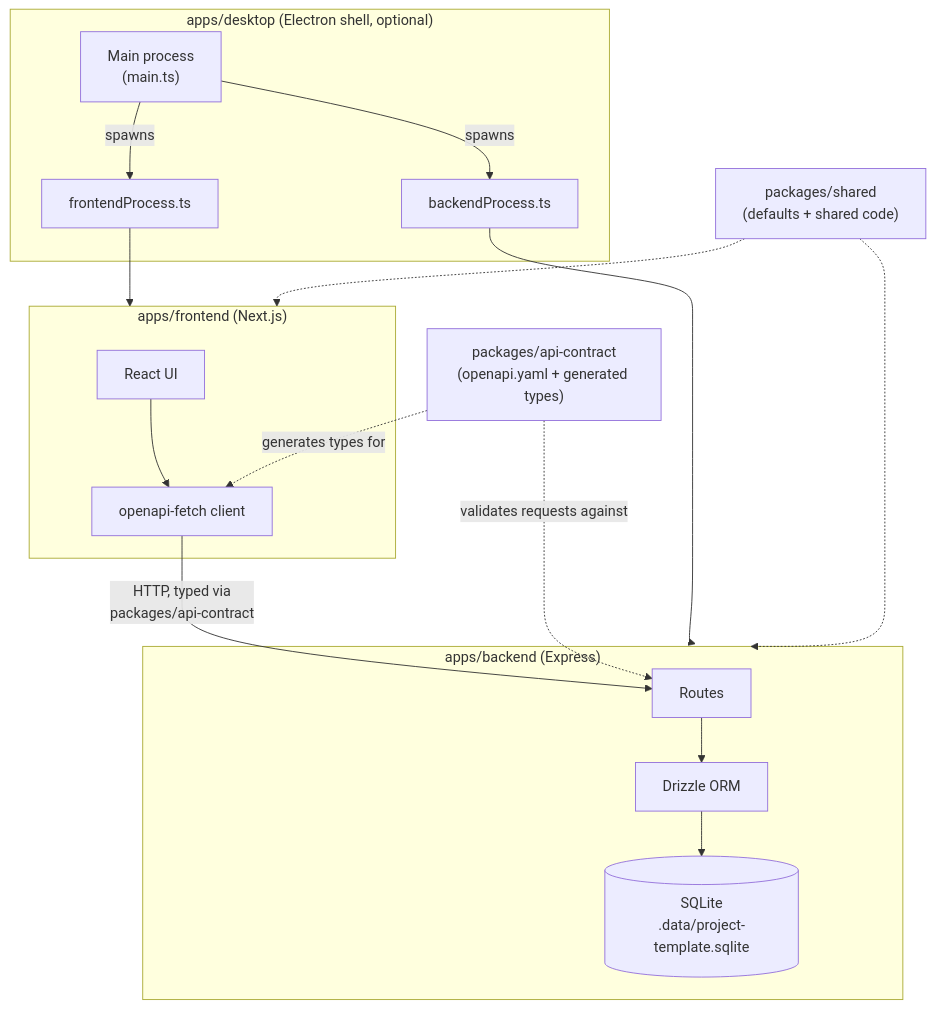
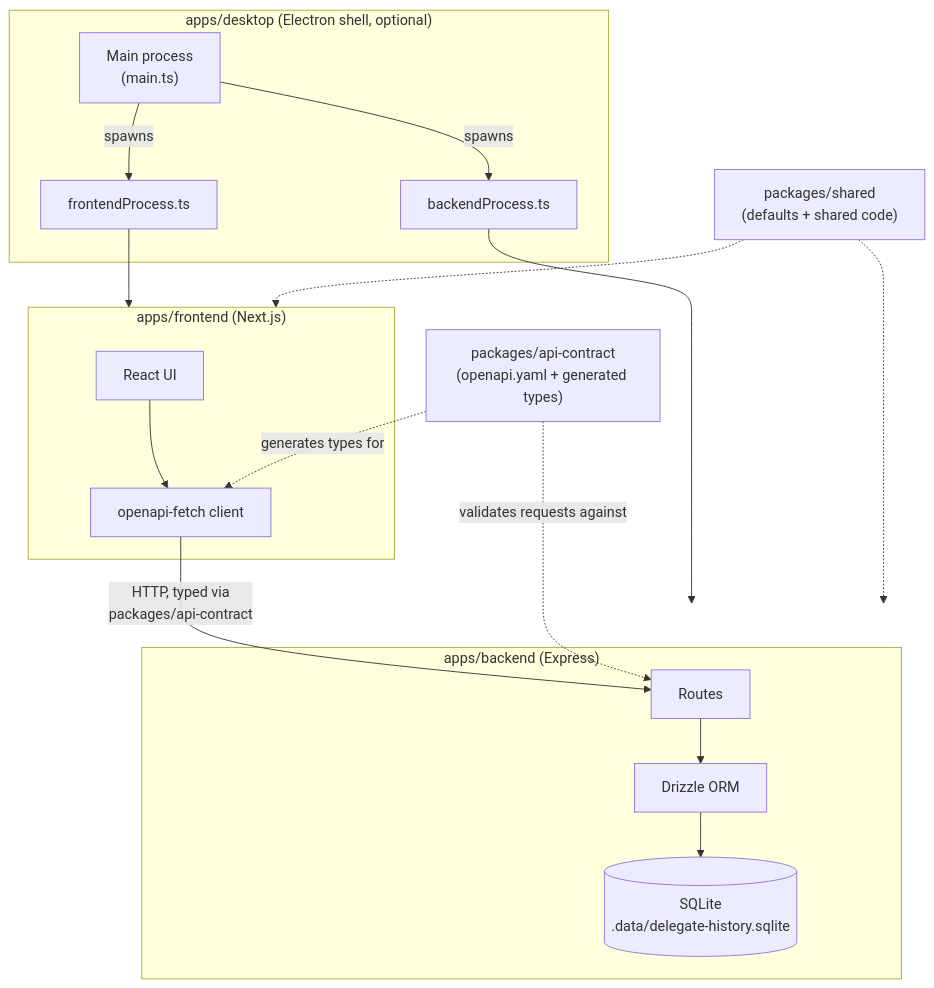
The diagram in README.md (Jambrose777/delegate-history), drawn with Mermaid before and after one commit. The commit also changed other lines of this file and 38 other files, not shown here.

Commit message:
Complete Story 1: rename project to delegate-history

````diff
--- a/README.md
+++ b/README.md
@@ -53,32 +53,32 @@
 ```mermaid
 graph TD
     subgraph Desktop["apps/desktop (Electron shell, optional)"]
         Main["Main process<br/>(main.ts)"]
         Main -->|spawns| FEProc["frontendProcess.ts"]
         Main -->|spawns| BEProc["backendProcess.ts"]
     end
 
     FEProc --> Frontend
     BEProc --> Backend
 
     subgraph Frontend["apps/frontend (Next.js)"]
         UI["React UI"]
         APIClient["openapi-fetch client"]
         UI --> APIClient
     end
 
     subgraph Backend["apps/backend (Express)"]
         Routes["Routes"]
         Drizzle["Drizzle ORM"]
-        DB[("SQLite<br/>.data/project-template.sqlite")]
+        DB[("SQLite<br/>.data/delegate-history.sqlite")]
         Routes --> Drizzle --> DB
     end
 
     APIClient -->|"HTTP, typed via<br/>packages/api-contract"| Routes
 
     Contract["packages/api-contract<br/>(openapi.yaml + generated types)"] -.->|generates types for| APIClient
     Contract -.->|validates requests against| Routes
 
     Shared["packages/shared<br/>(defaults + shared code)"] -.-> Frontend
     Shared -.-> Backend
 ```
````
